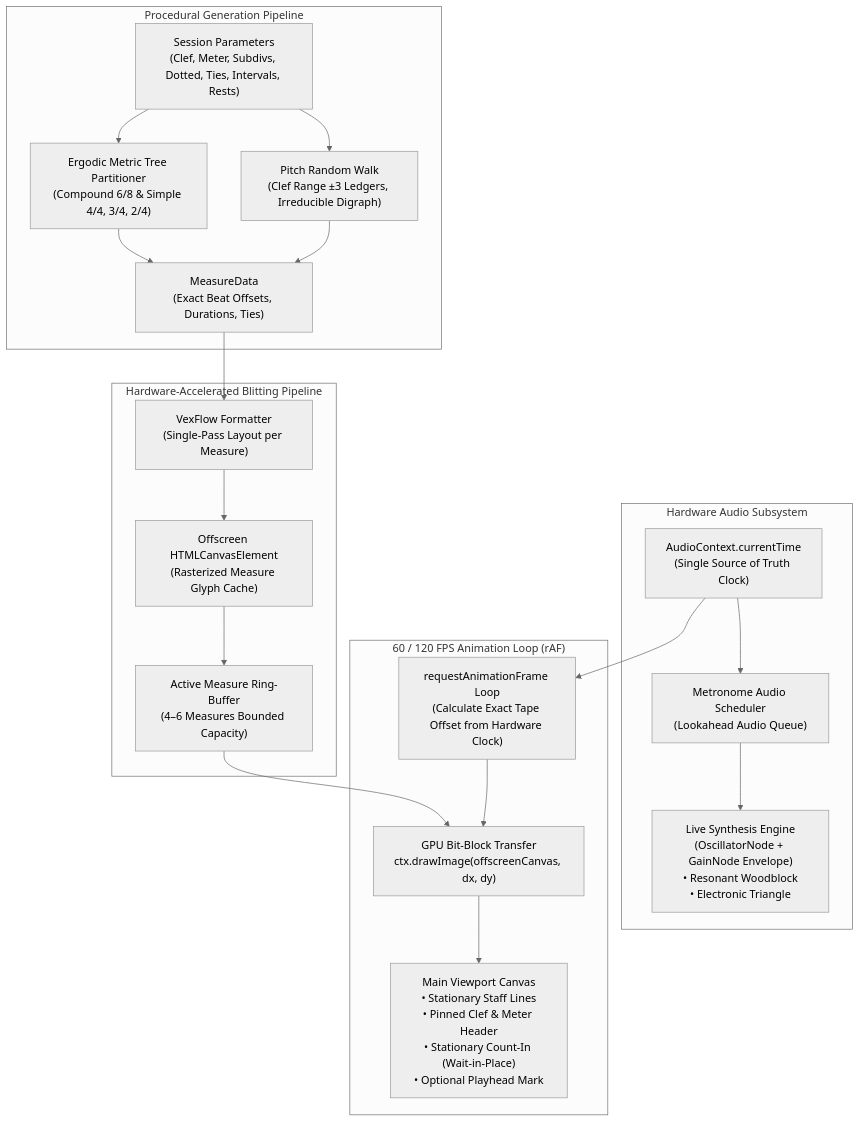
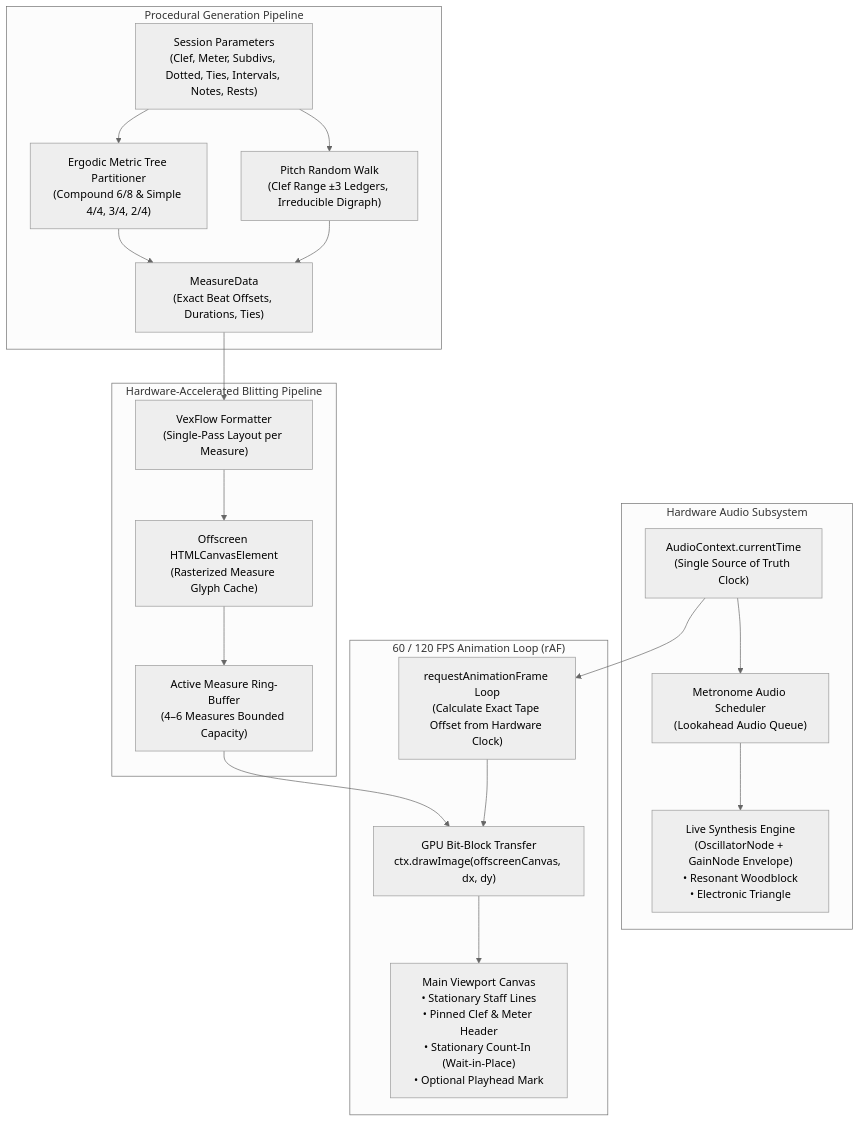
The diagram in README.md (Hand-Lock/guidonica), drawn with Mermaid (neutral theme) before and after one commit. The commit also changed other lines of this file and 21 other files, not shown here.

````diff
--- a/README.md
+++ b/README.md
@@ -103,33 +103,33 @@
 ```mermaid
 flowchart TD
     subgraph HardwareClock["Hardware Audio Subsystem"]
         AC["AudioContext.currentTime\n(Single Source of Truth Clock)"]
         SCHED["Metronome Audio Scheduler\n(Lookahead Audio Queue)"]
         SYNTH["Live Synthesis Engine\n(OscillatorNode + GainNode Envelope)\n• Resonant Woodblock\n• Electronic Triangle"]
         AC --> SCHED
         SCHED --> SYNTH
     end
 
     subgraph GenerationPipeline["Procedural Generation Pipeline"]
-        PARAM["Session Parameters\n(Clef, Meter, Subdivs, Dotted, Ties, Intervals, Rests)"]
+        PARAM["Session Parameters\n(Clef, Meter, Subdivs, Dotted, Ties, Intervals, Notes, Rests)"]
         ERGMET["Ergodic Metric Tree Partitioner\n(Compound 6/8 & Simple 4/4, 3/4, 2/4)"]
         MARKOV["Pitch Random Walk\n(Clef Range ±3 Ledgers, Irreducible Digraph)"]
         PARAM --> ERGMET
         PARAM --> MARKOV
         ERGMET --> MDATA["MeasureData\n(Exact Beat Offsets, Durations, Ties)"]
         MARKOV --> MDATA
     end
 
     subgraph Rasterization["Hardware-Accelerated Blitting Pipeline"]
         MDATA --> VEX["VexFlow Formatter\n(Single-Pass Layout per Measure)"]
         VEX --> OFFCAN["Offscreen HTMLCanvasElement\n(Rasterized Measure Glyph Cache)"]
         OFFCAN --> RBUF["Active Measure Ring-Buffer\n(4–6 Measures Bounded Capacity)"]
     end
 
     subgraph RenderingLoop["60 / 120 FPS Animation Loop (rAF)"]
         AC --> RAF["requestAnimationFrame Loop\n(Calculate Exact Tape Offset from Hardware Clock)"]
         RBUF --> BLIT["GPU Bit-Block Transfer\nctx.drawImage(offscreenCanvas, dx, dy)"]
         RAF --> BLIT
         BLIT --> VIEW["Main Viewport Canvas\n• Stationary Staff Lines\n• Pinned Clef & Meter Header\n• Stationary Count-In (Wait-in-Place)\n• Optional Playhead Mark"]
     end
 ```
````
